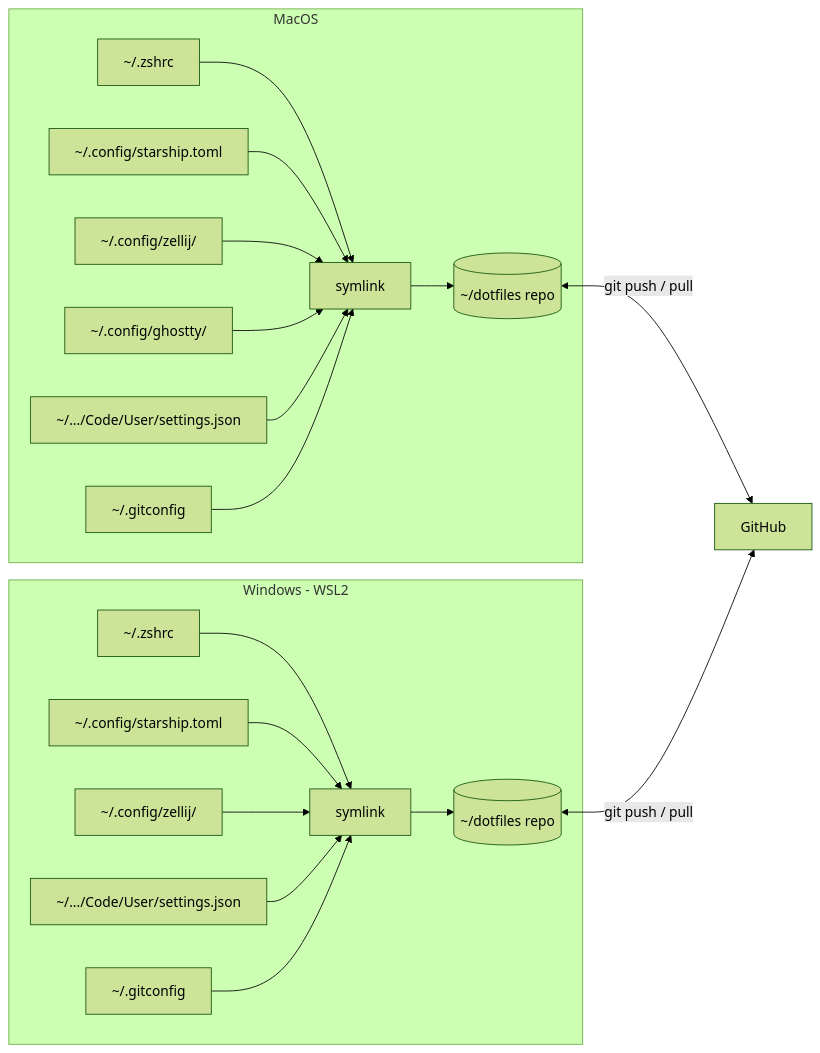
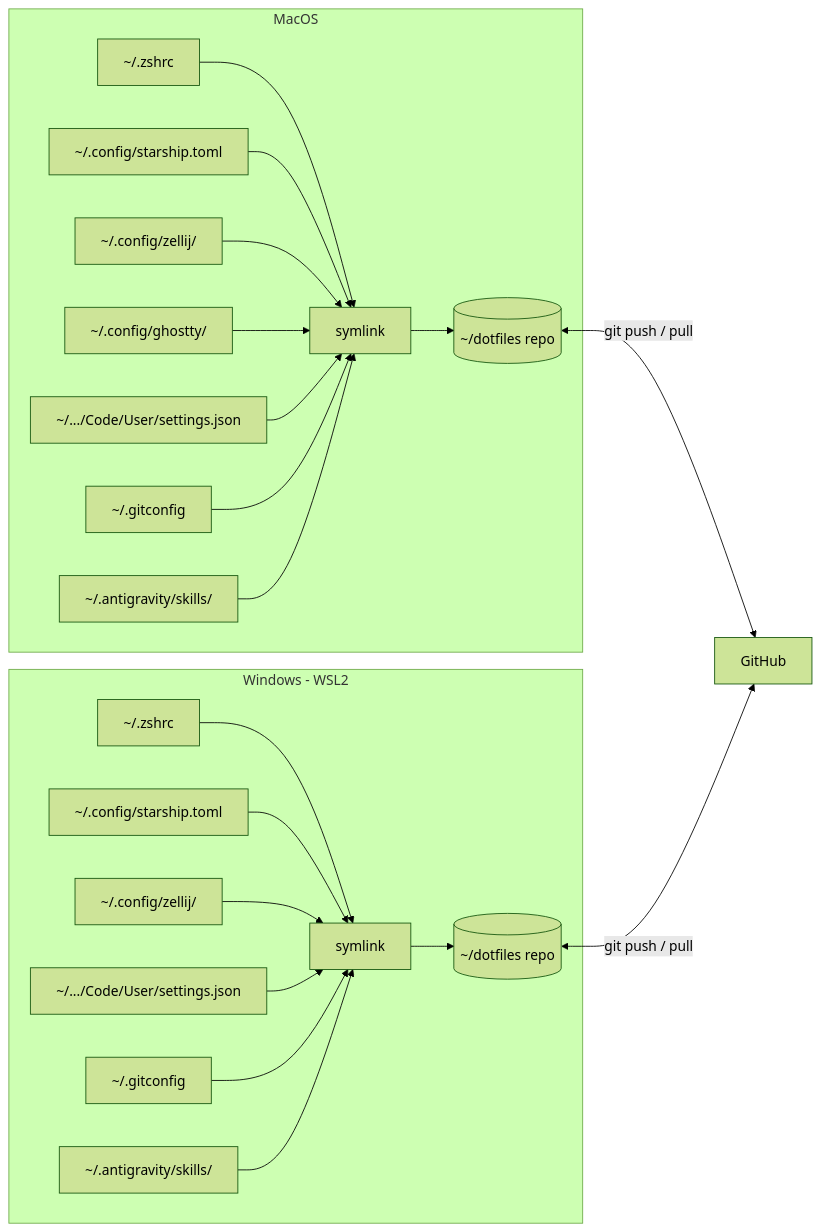
Before and after one commit to deepusharma/dotfiles: the second of 3 diagrams in README.md, drawn with Mermaid (forest theme). The commit also changed other lines of this file, not shown here.

Commit message:
docs: add Antigravity skills to sync diagram

````diff
--- a/README.md
+++ b/README.md
@@ -80,24 +80,26 @@
 ```mermaid
 flowchart LR
     subgraph mac [MacOS]
         M1[~/.zshrc] --> ML[symlink]
         M2[~/.config/starship.toml] --> ML
         M3[~/.config/zellij/] --> ML
         M4[~/.config/ghostty/] --> ML
         M5[~/.../Code/User/settings.json] --> ML
         M6[~/.gitconfig] --> ML
+        M7[~/.antigravity/skills/] --> ML
         ML --> MR[(~/dotfiles repo)]
     end
 
     subgraph win [Windows - WSL2]
         W1[~/.zshrc] --> WL[symlink]
         W2[~/.config/starship.toml] --> WL
         W3[~/.config/zellij/] --> WL
         W4[~/.../Code/User/settings.json] --> WL
         W5[~/.gitconfig] --> WL
+        W6[~/.antigravity/skills/] --> WL
         WL --> WR[(~/dotfiles repo)]
     end
 
     MR <-->|git push / pull| GH[GitHub]
     WR <-->|git push / pull| GH
 ```
````
